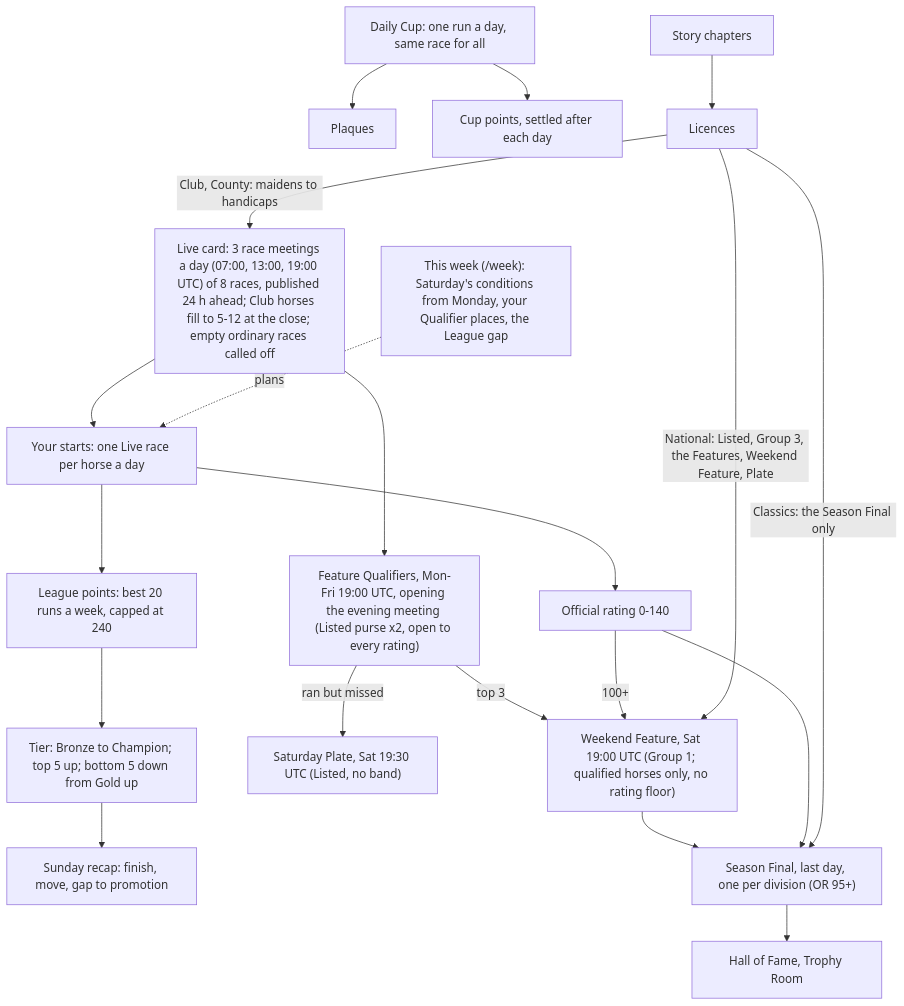
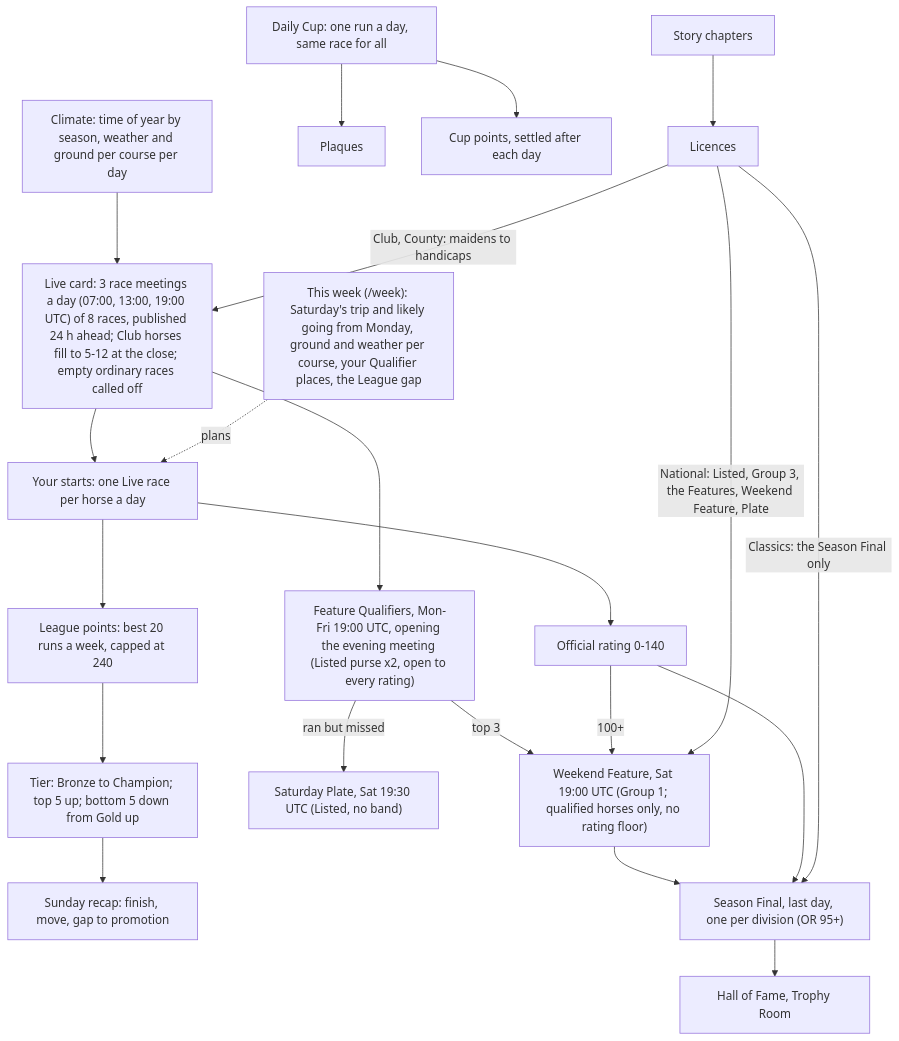
The fifth of 7 diagrams in docs/foundation/GAME-SYSTEMS.md (stephenclawdbot-png/ranch-game), drawn with Mermaid before and after one commit. The commit also changed other lines of this file and 10 other files, not shown here.

First line of the commit message:
Wiki: Weather & going; KNOBS and GAME-SYSTEMS for the climate

````diff
--- a/docs/foundation/GAME-SYSTEMS.md
+++ b/docs/foundation/GAME-SYSTEMS.md
@@ -186,22 +186,23 @@
 ```mermaid
 flowchart TD
   card["Live card: 3 race meetings a day (07:00, 13:00, 19:00 UTC) of 8 races, published 24 h ahead; Club horses fill to 5-12 at the close; empty ordinary races called off"] --> runs["Your starts: one Live race per horse a day"]
-  week["This week (/week): Saturday's conditions from Monday, your Qualifier places, the League gap"] -.->|plans| runs
+  week["This week (/week): Saturday's trip and likely going from Monday, ground and weather per course, your Qualifier places, the League gap"] -.->|plans| runs
+  climate["Climate: time of year by season, weather and ground per course per day"] --> card
   runs --> league["League points: best 20 runs a week, capped at 240"]
   runs --> rating[Official rating 0-140]
   card --> quals["Feature Qualifiers, Mon-Fri 19:00 UTC, opening the evening meeting (Listed purse x2, open to every rating)"]
   quals -->|top 3| wf["Weekend Feature, Sat 19:00 UTC (Group 1; qualified horses only, no rating floor)"]
   rating -->|100+| wf
   quals -->|ran but missed| plate["Saturday Plate, Sat 19:30 UTC (Listed, no band)"]
   league --> tiers["Tier: Bronze to Champion; top 5 up; bottom 5 down from Gold up"]
   tiers --> recap["Sunday recap: finish, move, gap to promotion"]
   wf --> final["Season Final, last day, one per division (OR 95+)"]
   rating --> final
   final --> hall[Hall of Fame, Trophy Room]
   cupd["Daily Cup: one run a day, same race for all"] --> plaques[Plaques]
   cupd --> cpts["Cup points, settled after each day"]
   story["Story chapters"] --> licence[Licences]
   licence -->|"Club, County: maidens to handicaps"| card
   licence -->|"National: Listed, Group 3, the Features, Weekend Feature, Plate"| wf
   licence -->|"Classics: the Season Final only"| final
 ```
````
